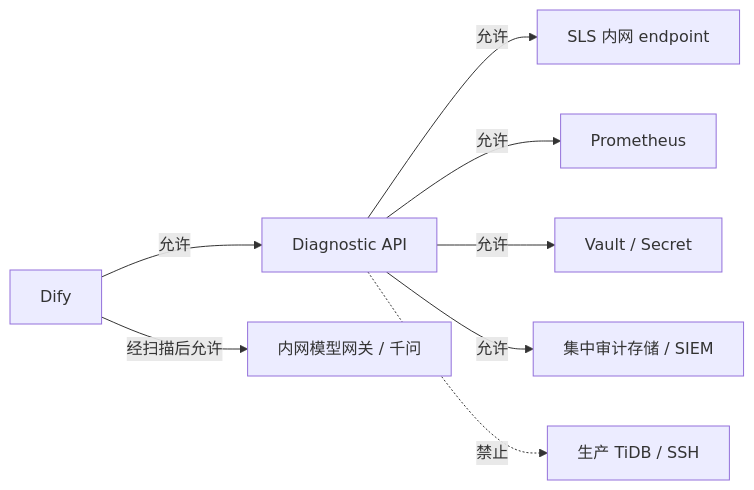
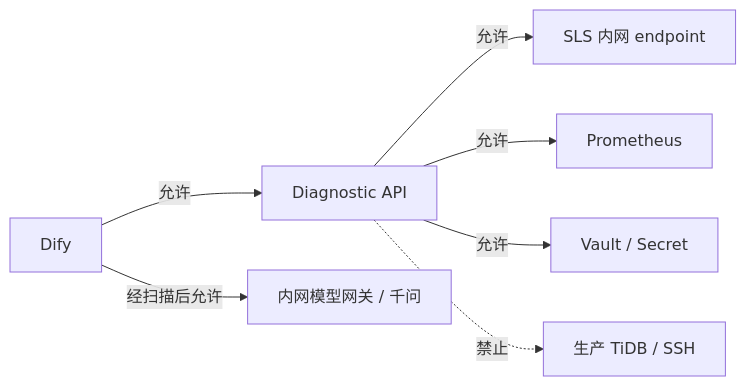
Before and after one commit to yangzhengjie/tidb-diag: the tenth of 10 diagrams in docs/tidb-diag-agent-technical-design.md, drawn with Mermaid. The commit also changed other lines of this file and 1 other file, not shown here.

````diff
--- a/docs/tidb-diag-agent-technical-design.md
+++ b/docs/tidb-diag-agent-technical-design.md
@@ -1030,10 +985,9 @@
 ```mermaid
 flowchart LR
     Dify["Dify"] -->|允许| API["Diagnostic API"]
     Dify -->|经扫描后允许| Model["内网模型网关 / 千问"]
     API -->|允许| SLS["SLS 内网 endpoint"]
     API -->|允许| Prom["Prometheus"]
     API -->|允许| Vault["Vault / Secret"]
-    API -->|允许| Audit["集中审计存储 / SIEM"]
     API -.->|禁止| Prod["生产 TiDB / SSH"]
 ```
````
